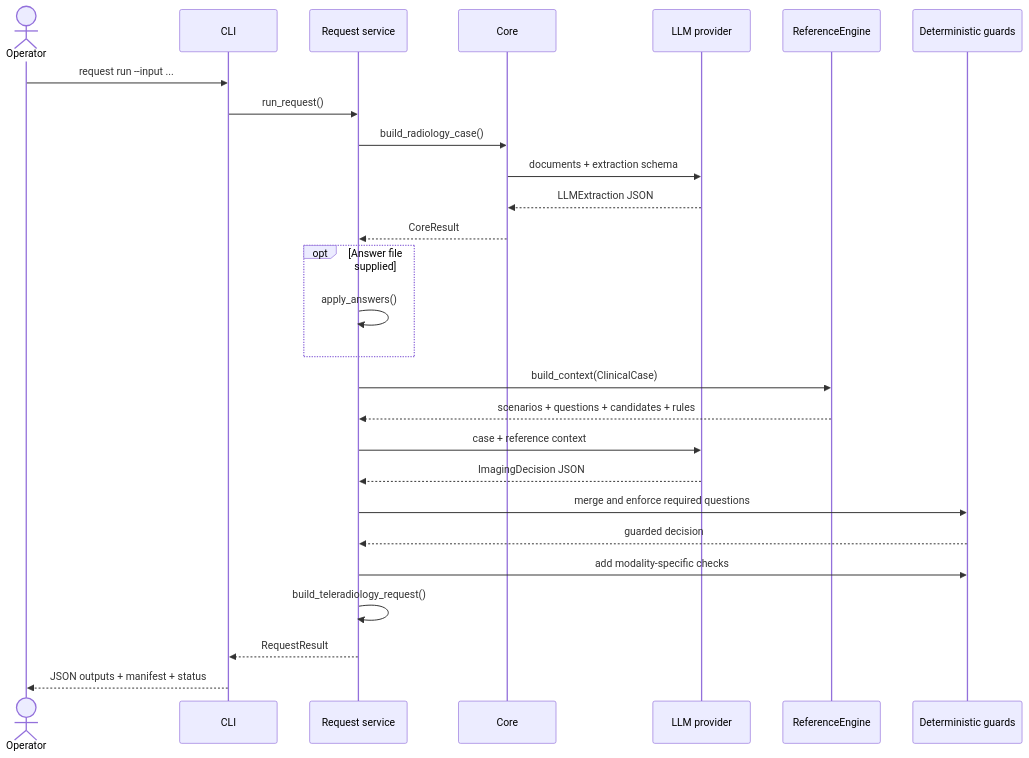
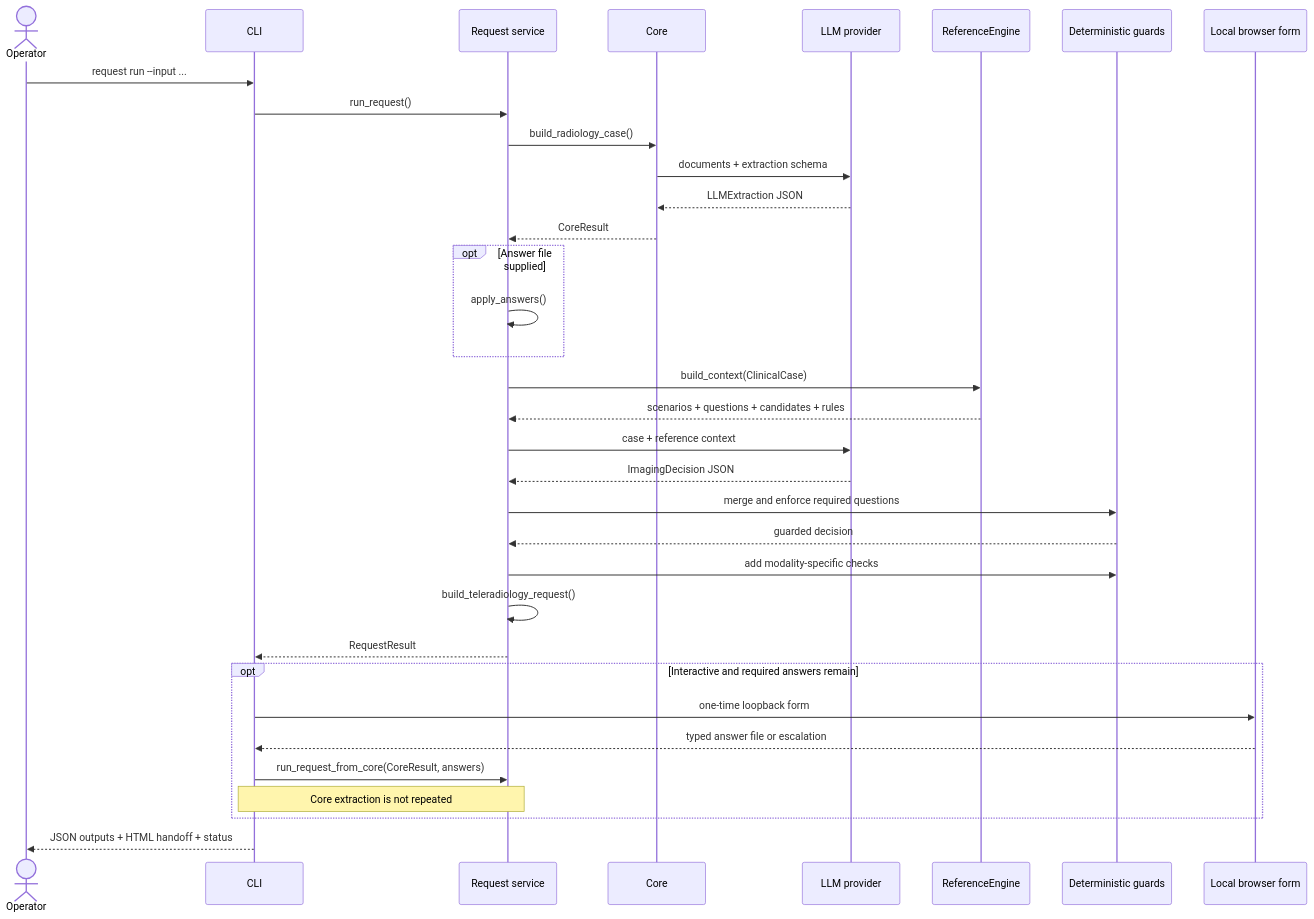
The third of 3 diagrams in docs/architecture.md (Thibescobar/bulkinout), drawn with Mermaid before and after one commit. The commit also changed other lines of this file and 50 other files, not shown here.

Commit message:
Add interactive clarification and radiology handoff

````diff
--- a/docs/architecture.md
+++ b/docs/architecture.md
@@ -95,30 +101,37 @@
 ```mermaid
 sequenceDiagram
     actor Operator
     participant CLI
     participant Service as Request service
     participant Core
     participant Model as LLM provider
     participant Ref as ReferenceEngine
     participant Guard as Deterministic guards
+    participant Form as Local browser form
 
     Operator->>CLI: request run --input ...
     CLI->>Service: run_request()
     Service->>Core: build_radiology_case()
     Core->>Model: documents + extraction schema
     Model-->>Core: LLMExtraction JSON
     Core-->>Service: CoreResult
     opt Answer file supplied
         Service->>Service: apply_answers()
     end
     Service->>Ref: build_context(ClinicalCase)
     Ref-->>Service: scenarios + questions + candidates + rules
     Service->>Model: case + reference context
     Model-->>Service: ImagingDecision JSON
     Service->>Guard: merge and enforce required questions
     Guard-->>Service: guarded decision
     Service->>Guard: add modality-specific checks
     Service->>Service: build_teleradiology_request()
     Service-->>CLI: RequestResult
-    CLI-->>Operator: JSON outputs + manifest + status
+    opt Interactive and required answers remain
+        CLI->>Form: one-time loopback form
+        Form-->>CLI: typed answer file or escalation
+        CLI->>Service: run_request_from_core(CoreResult, answers)
+        Note over CLI,Service: Core extraction is not repeated
+    end
+    CLI-->>Operator: JSON outputs + HTML handoff + status
 ```
````
